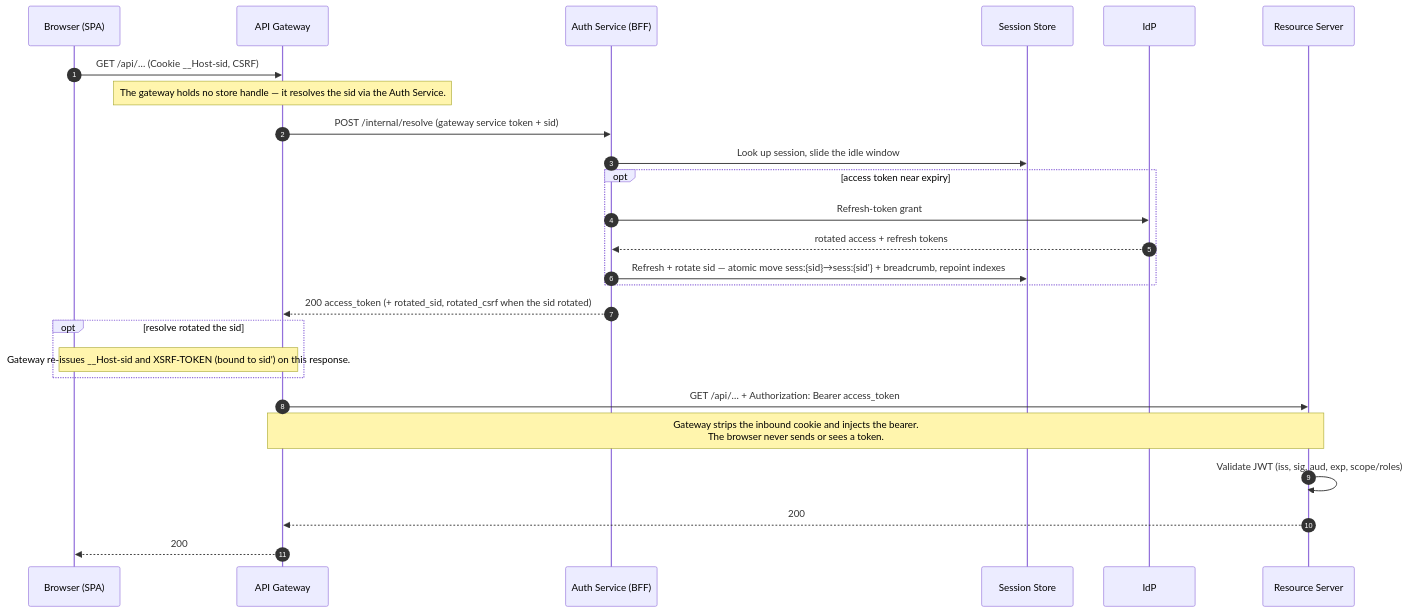
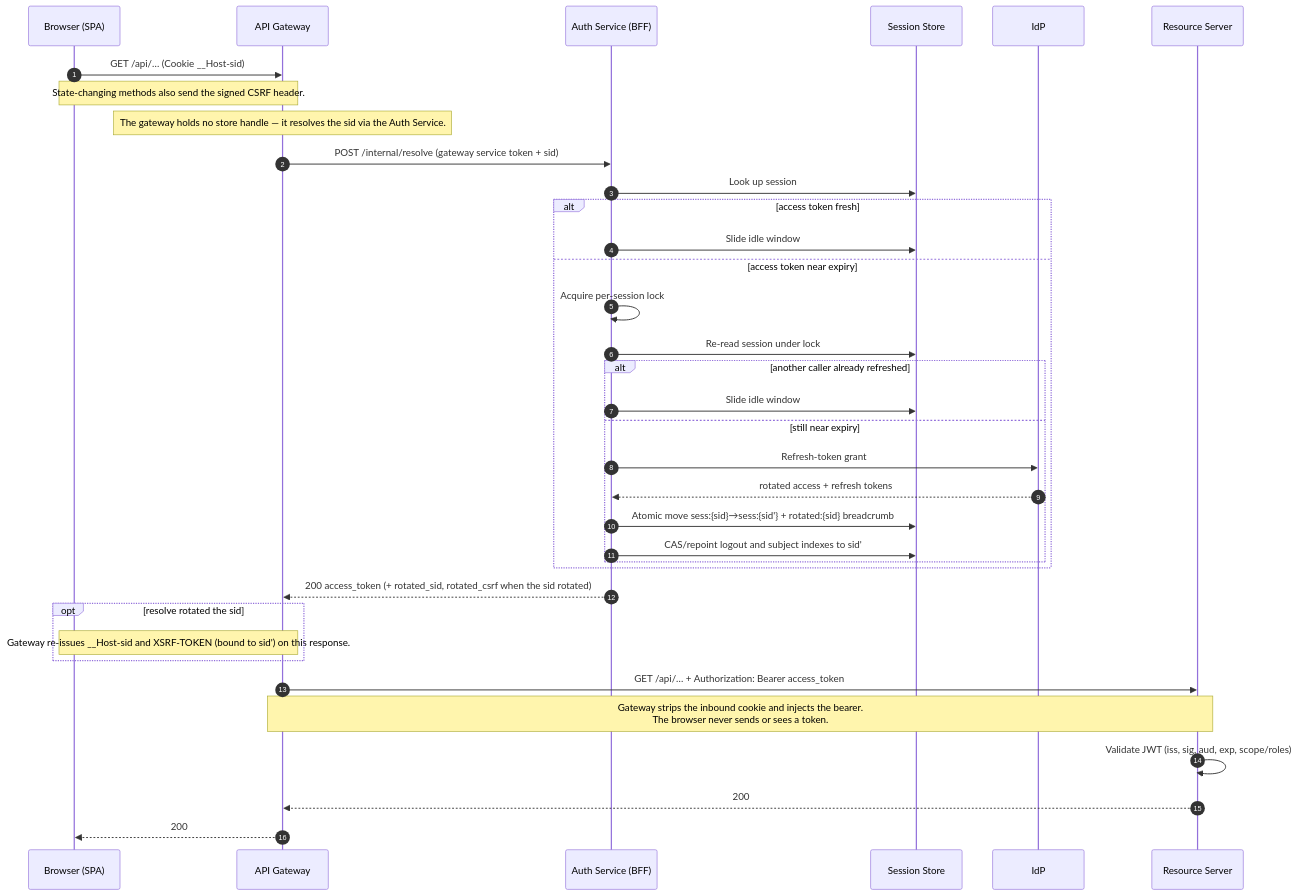
The fourth of 6 diagrams in README.md (ajaygodbole7/oidc-reference), drawn with Mermaid before and after one commit. The commit also changed other lines of this file, not shown here.

Commit message:
docs: align README diagrams with implemented flows

````diff
--- a/README.md
+++ b/README.md
@@ -143,29 +156,39 @@
 ```mermaid
 sequenceDiagram
     autonumber
     participant B as Browser (SPA)
     participant G as API Gateway
     participant A as Auth Service (BFF)
     participant V as Session Store
     participant K as IdP
     participant R as Resource Server
 
-    B->>G: GET /api/… (Cookie __Host-sid, CSRF)
+    B->>G: GET /api/… (Cookie __Host-sid)
+    Note over B,G: State-changing methods also send the signed CSRF header.
     Note over G: The gateway holds no store handle — it resolves the sid via the Auth Service.
     G->>A: POST /internal/resolve (gateway service token + sid)
-    A->>V: Look up session, slide the idle window
-    opt access token near expiry
-        A->>K: Refresh-token grant
-        K-->>A: rotated access + refresh tokens
-        A->>V: Refresh + rotate sid — atomic move sess:{sid}→sess:{sid'} + breadcrumb, repoint indexes
+    A->>V: Look up session
+    alt access token fresh
+        A->>V: Slide idle window
+    else access token near expiry
+        A->>A: Acquire per-session lock
+        A->>V: Re-read session under lock
+        alt another caller already refreshed
+            A->>V: Slide idle window
+        else still near expiry
+            A->>K: Refresh-token grant
+            K-->>A: rotated access + refresh tokens
+            A->>V: Atomic move sess:{sid}→sess:{sid'} + rotated:{sid} breadcrumb
+            A->>V: CAS/repoint logout and subject indexes to sid'
+        end
     end
     A-->>G: 200 access_token (+ rotated_sid, rotated_csrf when the sid rotated)
     opt resolve rotated the sid
         Note over B,G: Gateway re-issues __Host-sid and XSRF-TOKEN (bound to sid') on this response.
     end
     G->>R: GET /api/… + Authorization: Bearer access_token
     Note over G,R: Gateway strips the inbound cookie and injects the bearer.<br/>The browser never sends or sees a token.
     R->>R: Validate JWT (iss, sig, aud, exp, scope/roles)
     R-->>G: 200
     G-->>B: 200
 ```
````
